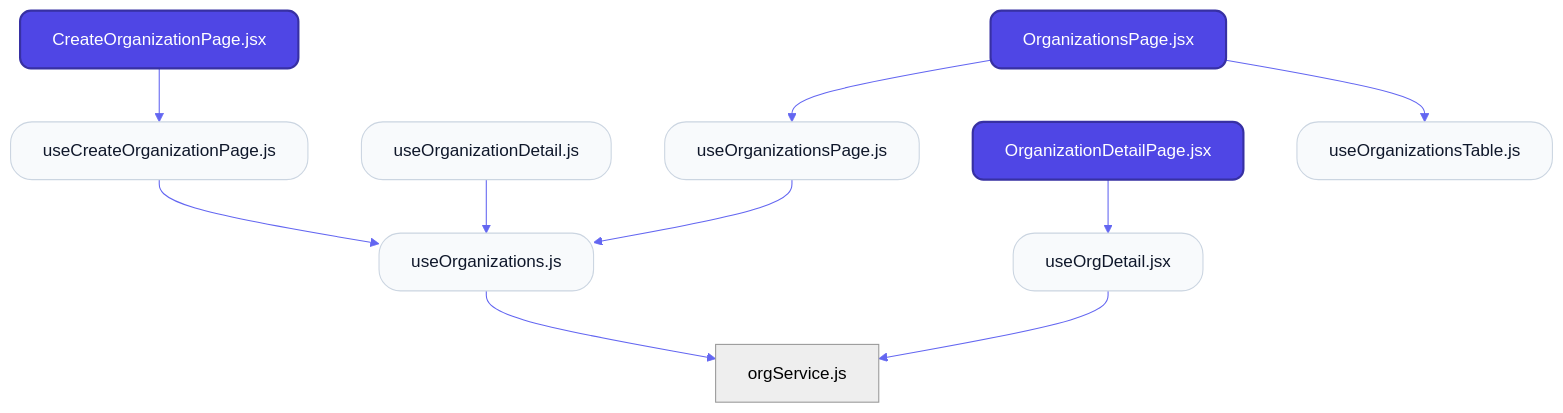
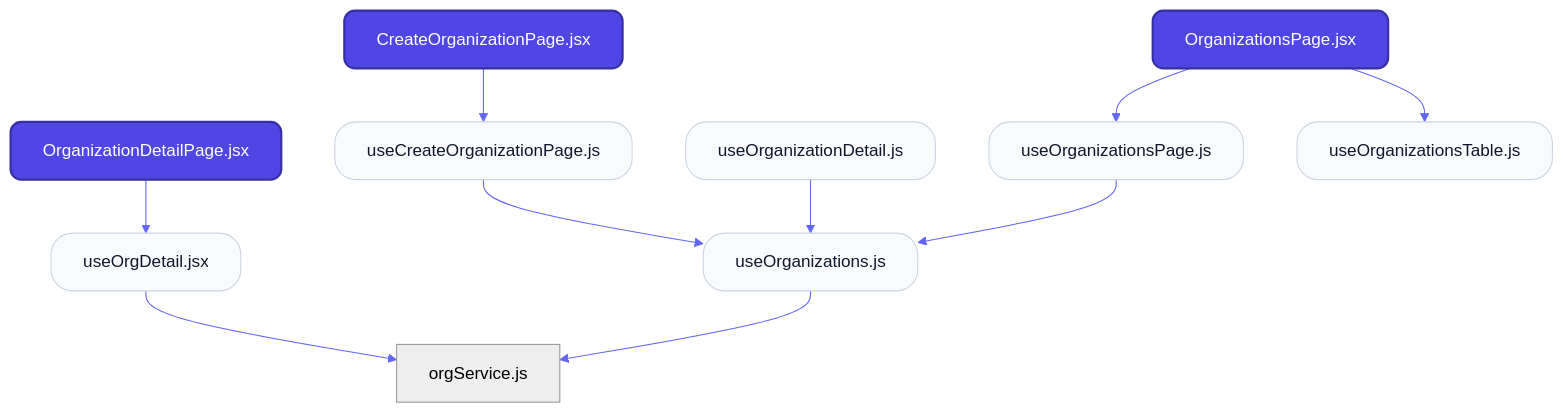
Before and after one commit to nexowebai/nexo-superadmin: the first of 2 diagrams in src/features/organizations/README.md, drawn with Mermaid. The commit also changed other lines of this file and 4 other files, not shown here.

````diff
--- a/src/features/organizations/README.md
+++ b/src/features/organizations/README.md
@@ -12,27 +12,27 @@
 ```mermaid
 %%{init: {'theme': 'neutral', 'themeVariables': { 'fontFamily': 'Inter', 'lineColor': '#6366f1' }}}%%
 graph TD
     classDef page fill:#4f46e5,stroke:#3730a3,stroke-width:2px,color:#fff,rx:10,ry:10;
     classDef hook fill:#f8fafc,stroke:#cbd5e1,stroke-width:1px,color:#0f172a,rx:20,ry:20;
     classDef service fill:#0f172a,stroke:#000,stroke-width:2px,color:#f1f5f9,rx:5,ry:5;
 
     CreateOrganizationPagejsx["CreateOrganizationPage.jsx"]:::page
     OrganizationDetailPagejsx["OrganizationDetailPage.jsx"]:::page
     OrganizationsPagejsx["OrganizationsPage.jsx"]:::page
     useCreateOrganizationPagejs["useCreateOrganizationPage.js"]:::hook
+    useOrgDetailjsx["useOrgDetail.jsx"]:::hook
     useOrganizationDetailjs["useOrganizationDetail.js"]:::hook
     useOrganizationsjs["useOrganizations.js"]:::hook
     useOrganizationsPagejs["useOrganizationsPage.js"]:::hook
     useOrganizationsTablejs["useOrganizationsTable.js"]:::hook
-    useOrgDetailjsx["useOrgDetail.jsx"]:::hook
     orgServicejs["orgService.js"]
     CreateOrganizationPagejsx --> useCreateOrganizationPagejs
     OrganizationDetailPagejsx --> useOrgDetailjsx
     OrganizationsPagejsx --> useOrganizationsTablejs
     OrganizationsPagejsx --> useOrganizationsPagejs
     useCreateOrganizationPagejs --> useOrganizationsjs
+    useOrgDetailjsx --> orgServicejs
     useOrganizationDetailjs --> useOrganizationsjs
     useOrganizationsjs --> orgServicejs
     useOrganizationsPagejs --> useOrganizationsjs
-    useOrgDetailjsx --> orgServicejs
 ```
````
